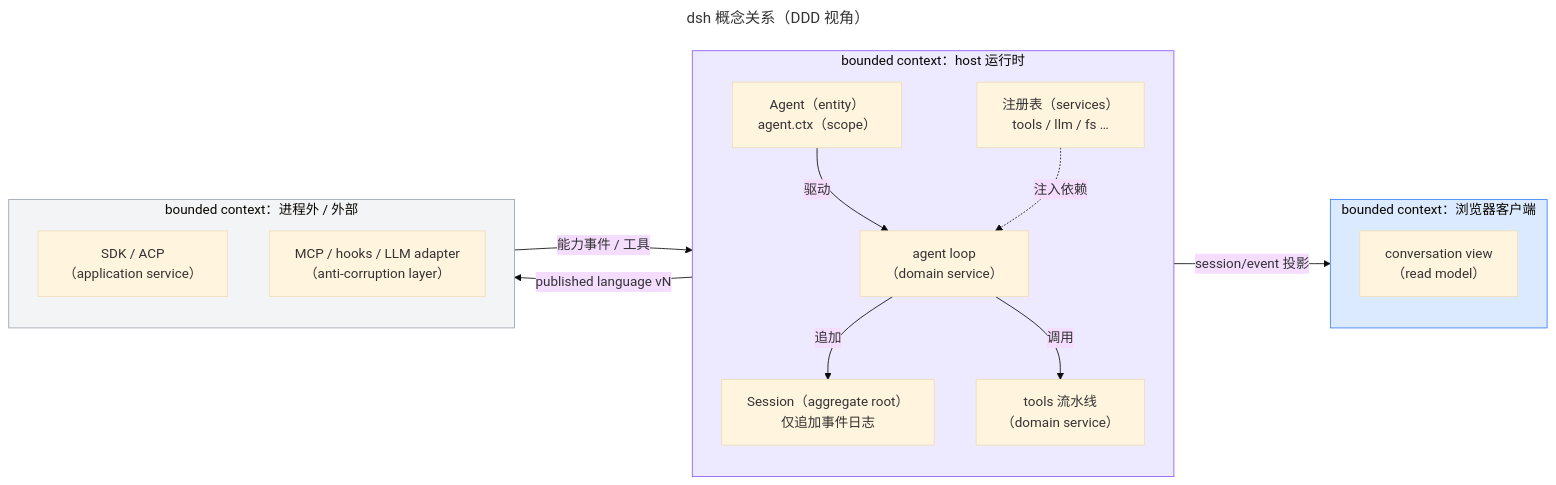
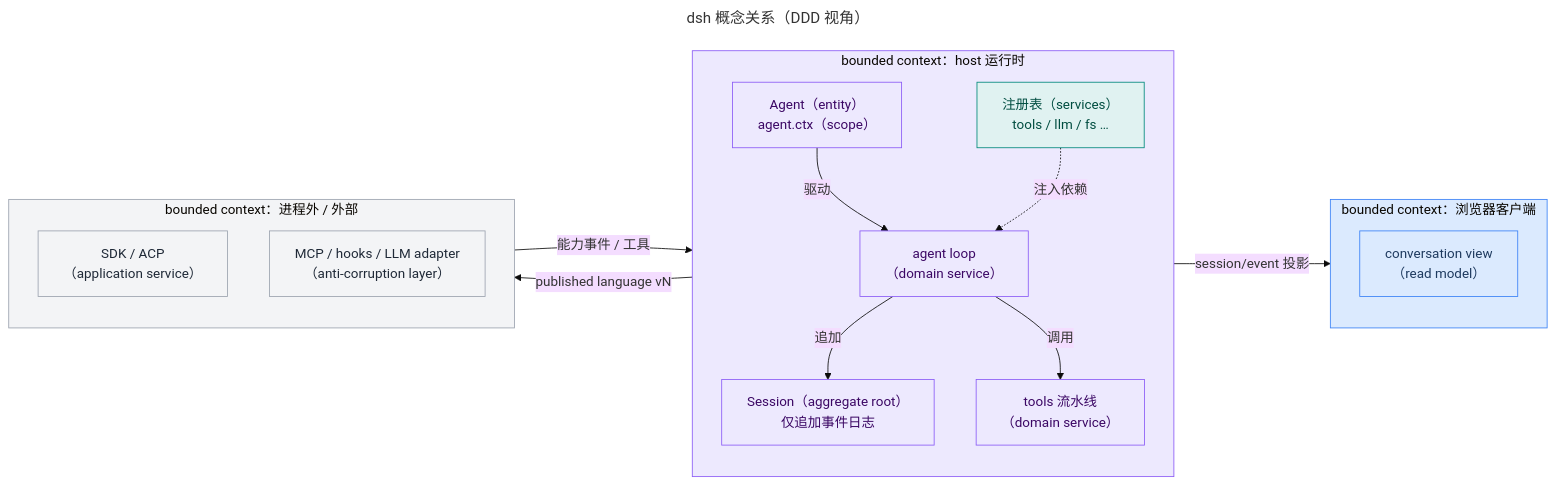
One commit to yanqd0/dsh-dev-dsh changed the diagram in skill/references/dsh/concept-model.md. Above: the diagram before and after it, drawn with Mermaid. The commit also changed 2 other files, not shown here.

Commit message:
feat(skill): 用 my-mermaid 重绘三张手册图（#47）

````diff
--- a/skill/references/dsh/concept-model.md
+++ b/skill/references/dsh/concept-model.md
@@ -51,34 +51,44 @@
 ```mermaid
 ---
 title: dsh 概念关系（DDD 视角）
 ---
 %%{init: {'theme': 'base', 'themeVariables': {'clusterBkg': '#f9fafb', 'clusterBorder': '#d1d5db'}}}%%
 flowchart LR
   subgraph bc_host["bounded context：host 运行时"]
     direction TB
     AGENT["Agent（entity）<br/>agent.ctx（scope）"]
     LOOP["agent loop<br/>（domain service）"]
     SESSION["Session（aggregate root）<br/>仅追加事件日志"]
     PIPELINE["tools 流水线<br/>（domain service）"]
     REG["注册表（services）<br/>tools / llm / fs …"]
     AGENT -->|"驱动"| LOOP
     LOOP -->|"追加"| SESSION
     LOOP -->|"调用"| PIPELINE
     REG -.->|"注入依赖"| LOOP
   end
   subgraph bc_client["bounded context：浏览器客户端"]
     direction TB
     VIEW["conversation view<br/>（read model）"]
   end
   subgraph bc_outer["bounded context：进程外 / 外部"]
     direction TB
     SDK["SDK / ACP<br/>（application service）"]
     ACL["MCP / hooks / LLM adapter<br/>（anti-corruption layer）"]
   end
   SESSION -->|"session/event 投影"| VIEW
   SESSION -->|"published language vN"| SDK
   ACL -->|"能力事件 / 工具"| REG
+
+  classDef business fill:#ede9fe,stroke:#8b5cf6,color:#3b0764
+  classDef gateway fill:#e0f2f1,stroke:#00897b,color:#004d40
+  classDef frontend fill:#dbeafe,stroke:#3b82f6,color:#1e3a5f
+  classDef external fill:#f3f4f6,stroke:#9ca3af,color:#1f2937
+  class AGENT,SESSION,LOOP,PIPELINE business
+  class REG gateway
+  class VIEW frontend
+  class SDK,ACL external
+
   style bc_host fill:#ede9fe,stroke:#8b5cf6
   style bc_client fill:#dbeafe,stroke:#3b82f6
   style bc_outer fill:#f3f4f6,stroke:#9ca3af
 ```
````
